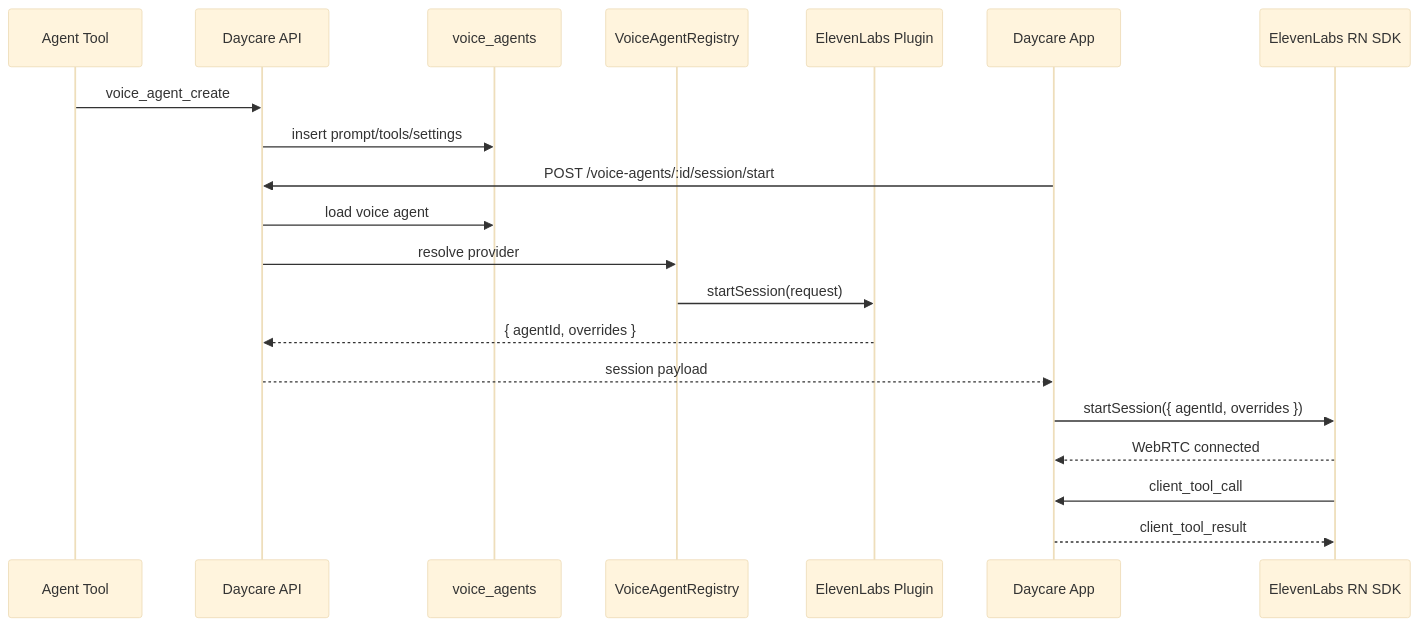
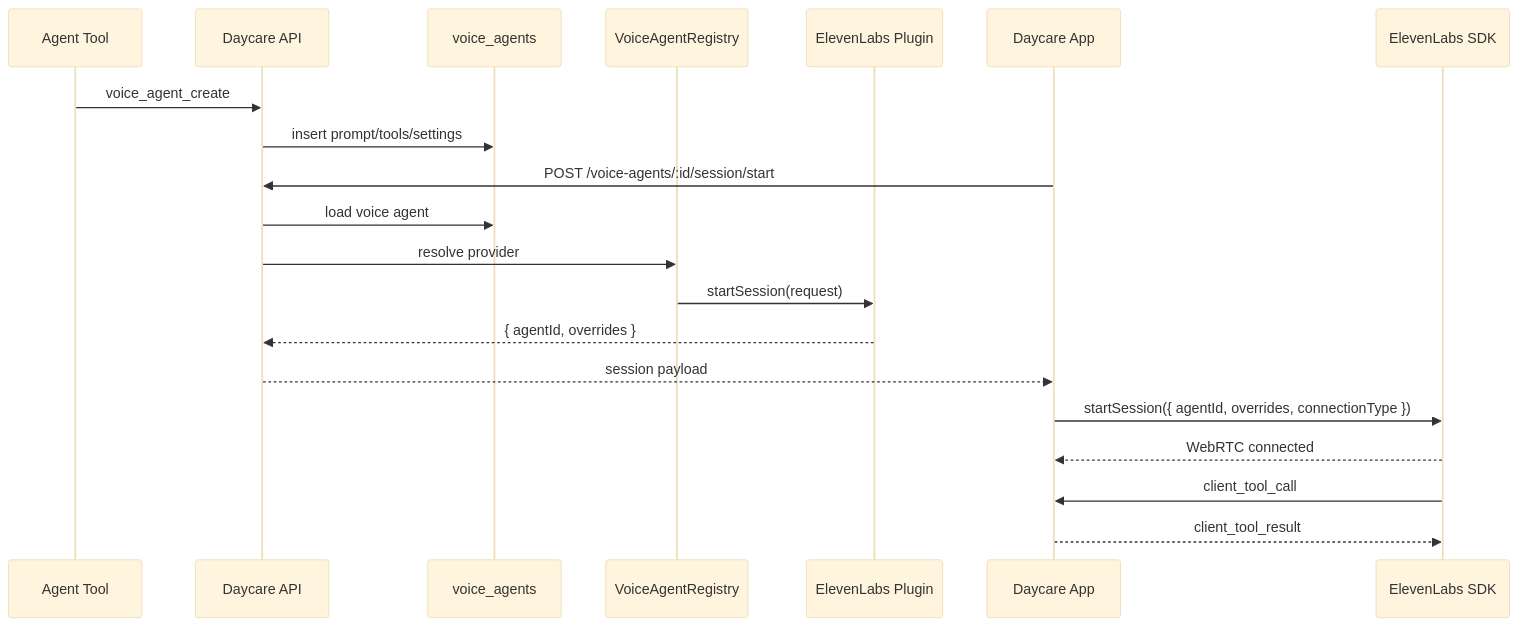
One commit to ex3ndr/daycare changed the diagram in doc/voice-agents.md. Above: the diagram before and after it, drawn with Mermaid (base theme). The commit also changed other lines of this file and 6 other files, not shown here.

````diff
--- a/doc/voice-agents.md
+++ b/doc/voice-agents.md
@@ -18,23 +19,23 @@
 ```mermaid
 sequenceDiagram
     participant Agent as Agent Tool
     participant API as Daycare API
     participant Store as voice_agents
     participant Registry as VoiceAgentRegistry
     participant EL as ElevenLabs Plugin
     participant App as Daycare App
-    participant SDK as ElevenLabs RN SDK
+    participant SDK as ElevenLabs SDK
 
     Agent->>API: voice_agent_create
     API->>Store: insert prompt/tools/settings
     App->>API: POST /voice-agents/:id/session/start
     API->>Store: load voice agent
     API->>Registry: resolve provider
     Registry->>EL: startSession(request)
     EL-->>API: { agentId, overrides }
     API-->>App: session payload
-    App->>SDK: startSession({ agentId, overrides })
+    App->>SDK: startSession({ agentId, overrides, connectionType })
     SDK-->>App: WebRTC connected
     SDK->>App: client_tool_call
     App-->>SDK: client_tool_result
 ```
````
